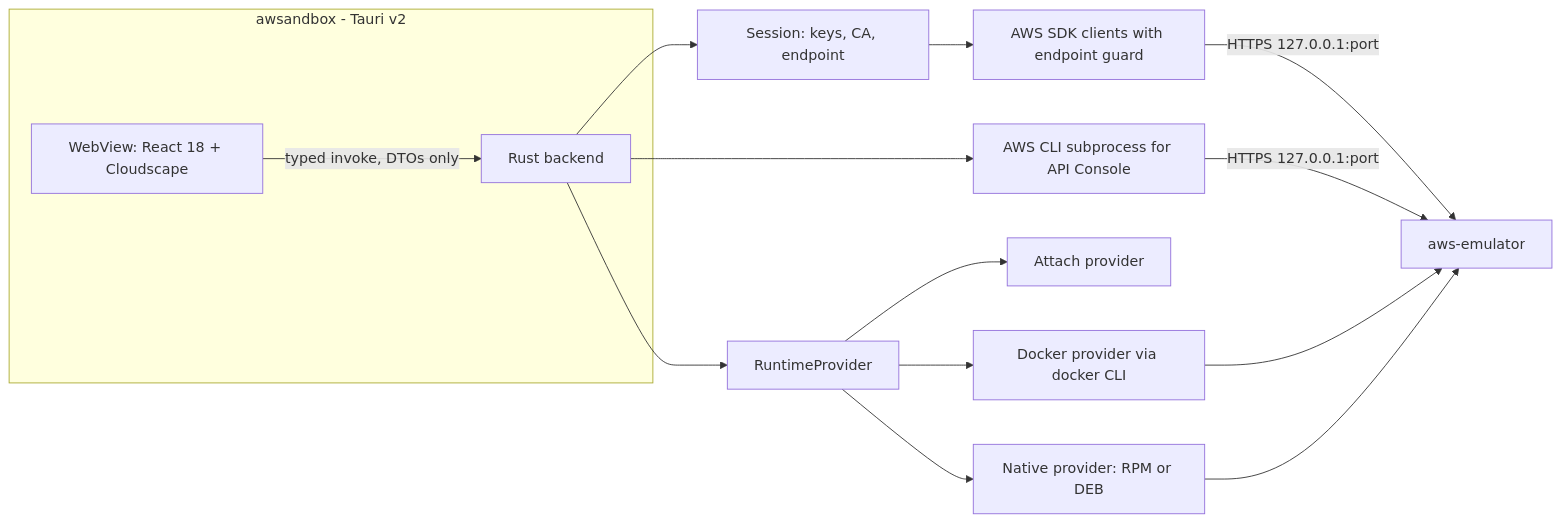
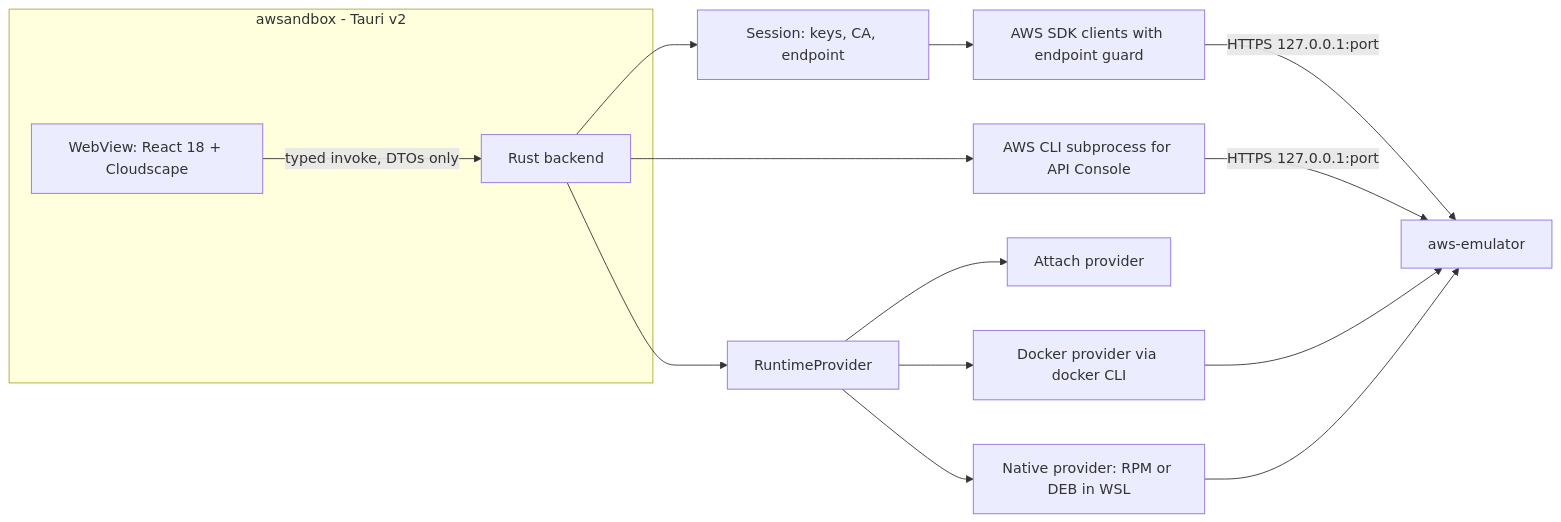
Before and after one commit to the-khiem7/awstudio: the diagram in docs/baseline/awsandbox/awsandbox.sourcecode.md, drawn with Mermaid. The commit also changed other lines of this file and 3 other files, not shown here.

````diff
--- a/docs/baseline/awsandbox/awsandbox.sourcecode.md
+++ b/docs/baseline/awsandbox/awsandbox.sourcecode.md
@@ -16,19 +16,19 @@
 ```mermaid
 flowchart LR
   subgraph App[awsandbox - Tauri v2]
     UI[WebView: React 18 + Cloudscape]
     BE[Rust backend]
   end
   UI -- typed invoke, DTOs only --> BE
   BE --> RP[RuntimeProvider]
   RP --> DK[Docker provider via docker CLI]
-  RP --> NT[Native provider: RPM or DEB]
+  RP --> NT[Native provider: RPM or DEB in WSL]
   RP --> AT[Attach provider]
   BE --> SS[Session: keys, CA, endpoint]
   SS --> SDK[AWS SDK clients with endpoint guard]
   BE --> CLI[AWS CLI subprocess for API Console]
   SDK -- HTTPS 127.0.0.1:port --> EM[aws-emulator]
   CLI -- HTTPS 127.0.0.1:port --> EM
   DK --> EM
   NT --> EM
 ```
````
